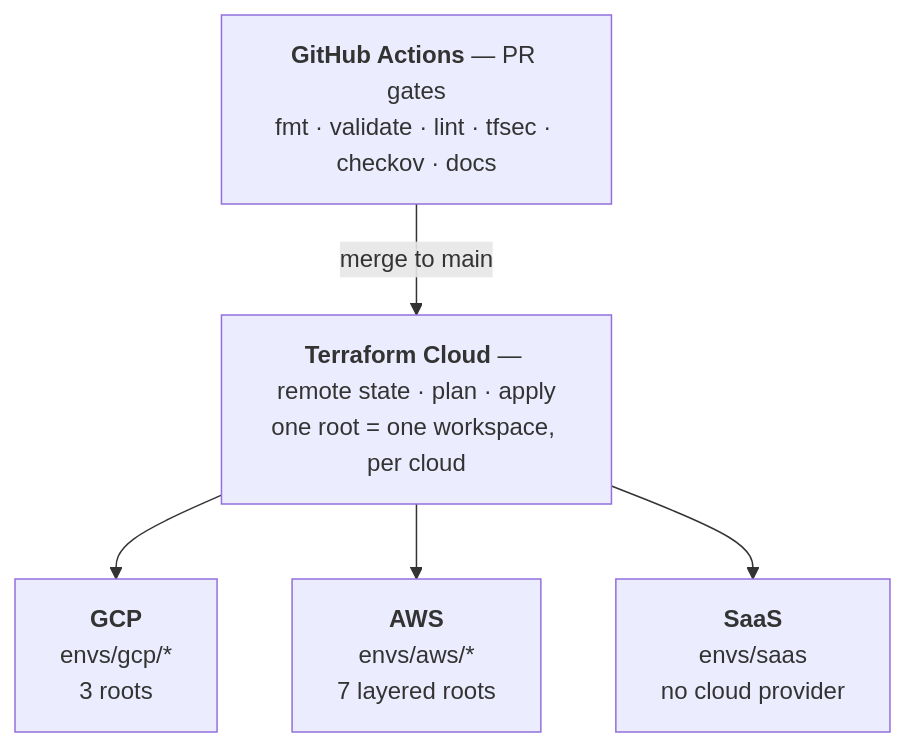
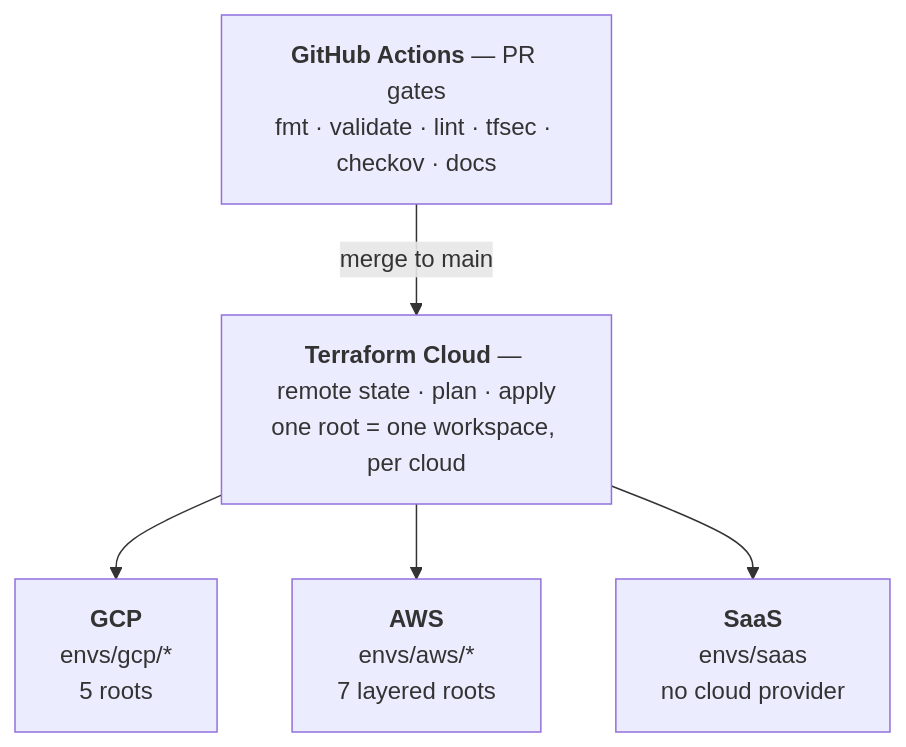
Before and after one commit to EdwinKassier/Ashes-Devops-Tools: the diagram in README.md, drawn with Mermaid. The commit also changed other lines of this file and 29 other files, not shown here.

````diff
--- a/README.md
+++ b/README.md
@@ -70,9 +70,9 @@
 ```mermaid
 flowchart TB
     CI["<b>GitHub Actions</b> — PR gates<br/>fmt · validate · lint · tfsec · checkov · docs"]
     TFC["<b>Terraform Cloud</b> — remote state · plan · apply<br/>one root = one workspace, per cloud"]
     CI -->|"merge to main"| TFC
-    TFC --> GCP["<b>GCP</b><br/>envs/gcp/*<br/>3 roots"]
+    TFC --> GCP["<b>GCP</b><br/>envs/gcp/*<br/>5 roots"]
     TFC --> AWS["<b>AWS</b><br/>envs/aws/*<br/>7 layered roots"]
     TFC --> SAAS["<b>SaaS</b><br/>envs/saas<br/>no cloud provider"]
 ```
````
